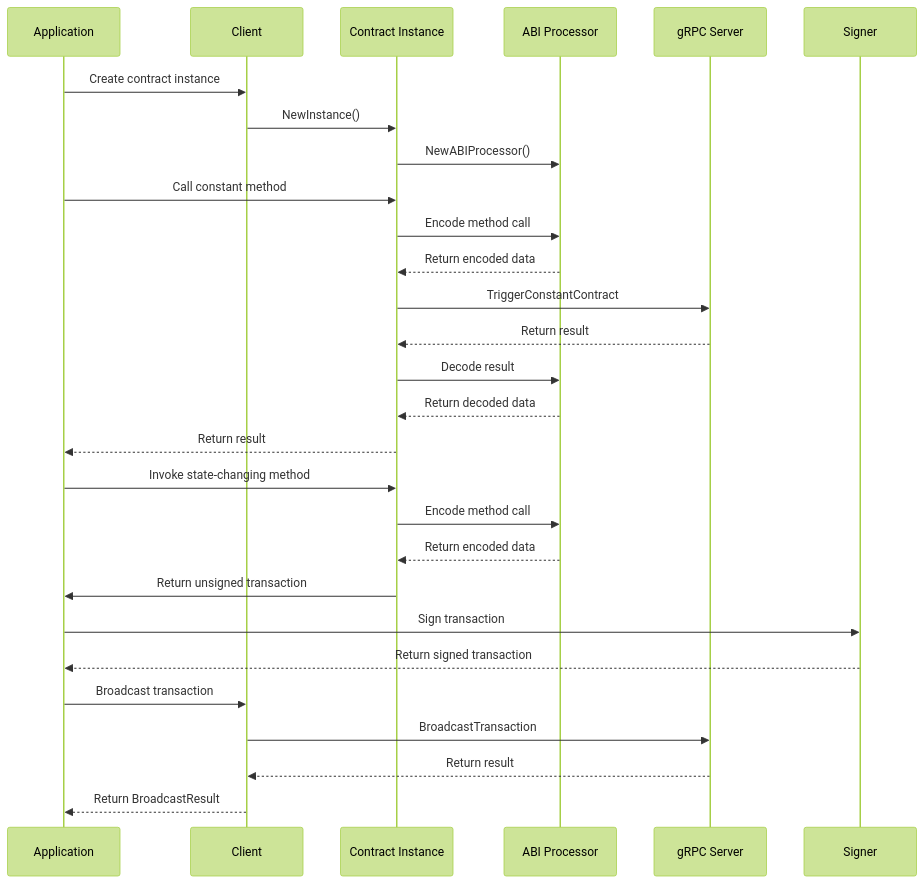
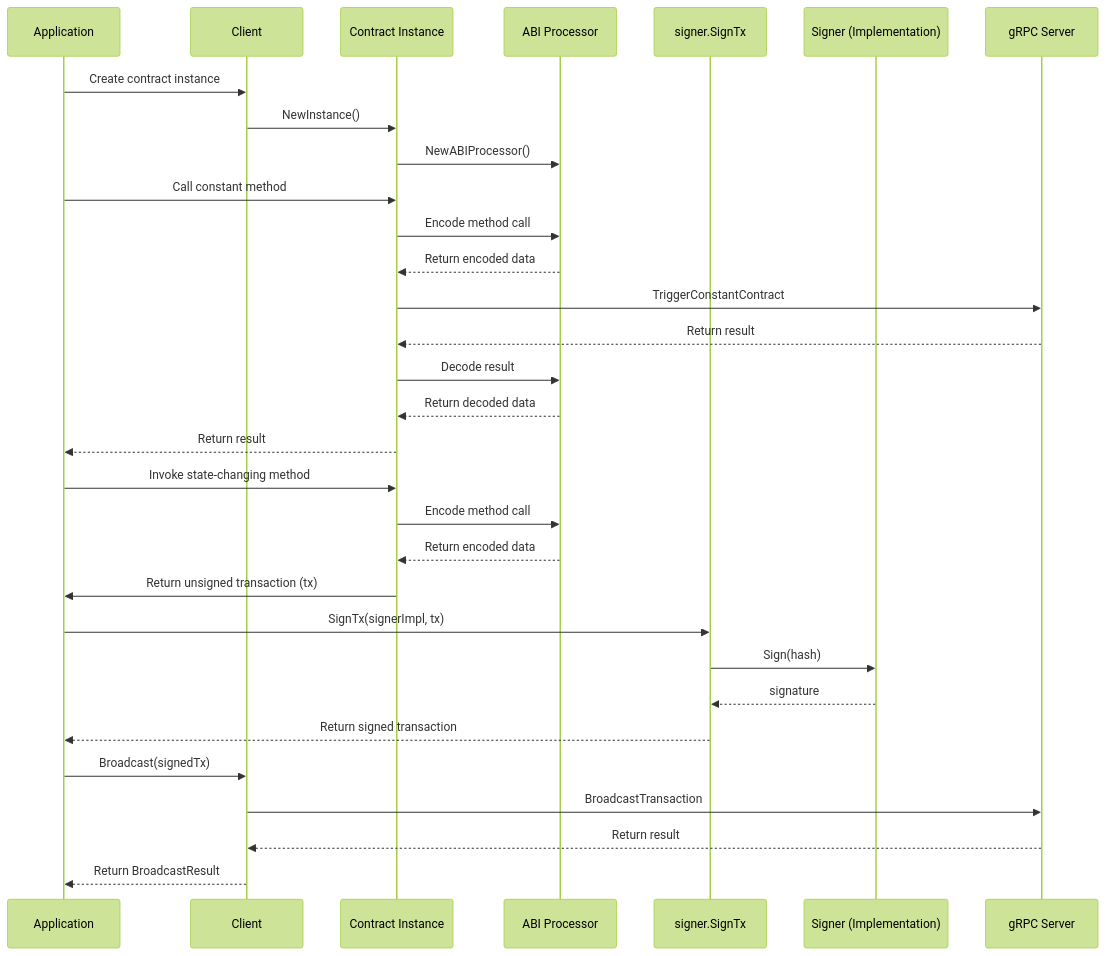
Before and after one commit to kslamph/tronlib: the seventh of 7 diagrams in docs/architecture.md, drawn with Mermaid (forest theme). The commit also changed other lines of this file and 7 other files, not shown here.

First line of the commit message:
feat(signer): refactor signer interface and add SignTx/SignMessageV2 utilities

````diff
--- a/docs/architecture.md
+++ b/docs/architecture.md
@@ -563,32 +574,36 @@
 ```mermaid
 sequenceDiagram
     participant App as Application
     participant Client as Client
     participant Contract as Contract Instance
     participant ABIProc as ABI Processor
+    participant SignTx as signer.SignTx
+    participant SignerImpl as Signer (Implementation)
     participant GRPC as gRPC Server
     
     App->>Client: Create contract instance
     Client->>Contract: NewInstance()
     Contract->>ABIProc: NewABIProcessor()
     
     App->>Contract: Call constant method
     Contract->>ABIProc: Encode method call
     ABIProc-->>Contract: Return encoded data
     Contract->>GRPC: TriggerConstantContract
     GRPC-->>Contract: Return result
     Contract->>ABIProc: Decode result
     ABIProc-->>Contract: Return decoded data
     Contract-->>App: Return result
     
     App->>Contract: Invoke state-changing method
     Contract->>ABIProc: Encode method call
     ABIProc-->>Contract: Return encoded data
-    Contract->>App: Return unsigned transaction
-    App->>Signer: Sign transaction
-    Signer-->>App: Return signed transaction
-    App->>Client: Broadcast transaction
+    Contract->>App: Return unsigned transaction (tx)
+    App->>SignTx: SignTx(signerImpl, tx)
+    SignTx->>SignerImpl: Sign(hash)
+    SignerImpl-->>SignTx: signature
+    SignTx-->>App: Return signed transaction
+    App->>Client: Broadcast(signedTx)
     Client->>GRPC: BroadcastTransaction
     GRPC-->>Client: Return result
     Client-->>App: Return BroadcastResult
 ```
````
